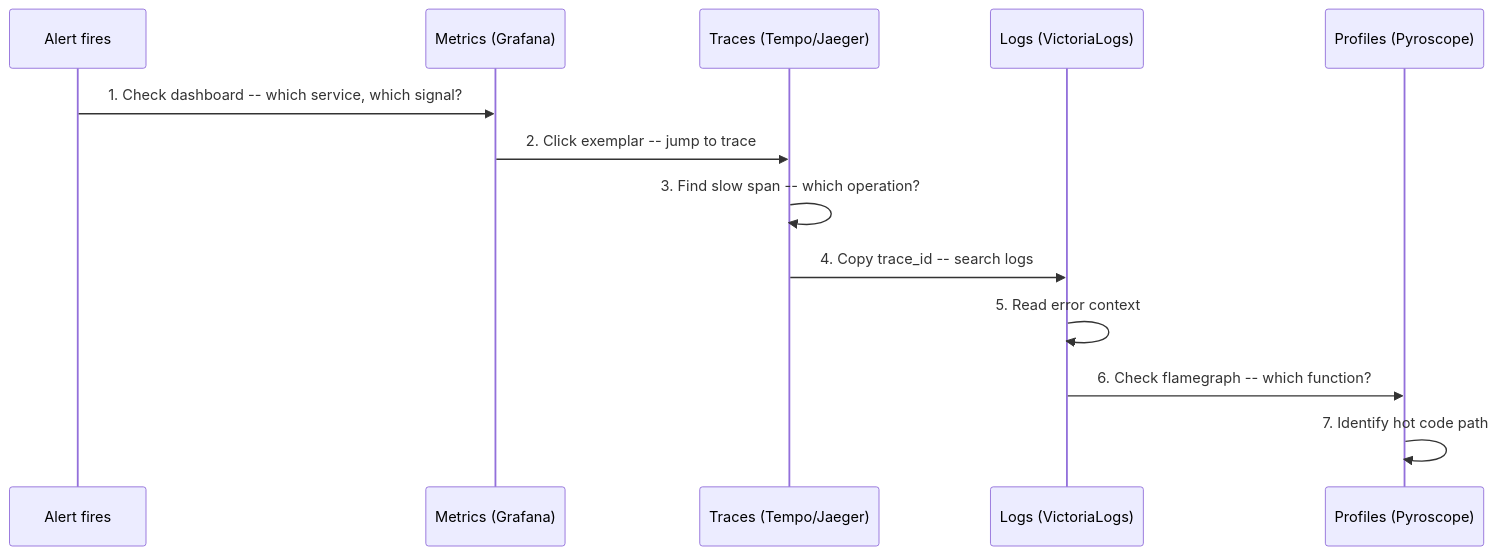
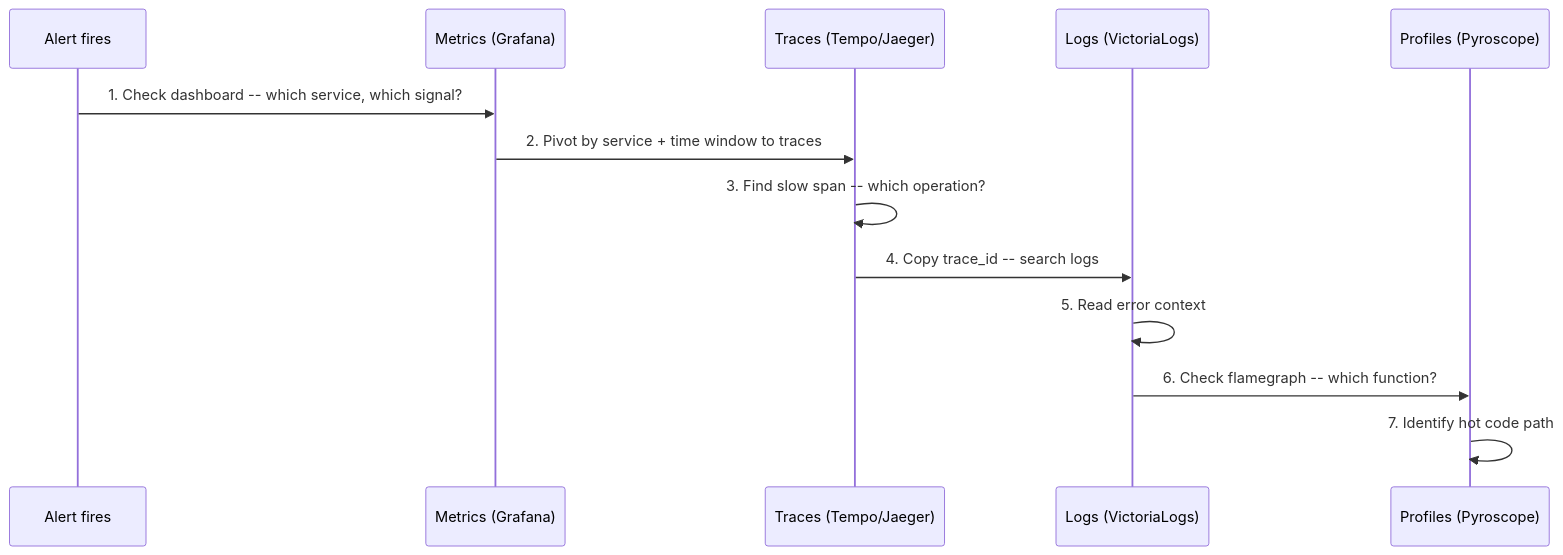
Before and after one commit to duynhlab/homelab: the fifth of 5 diagrams in docs/observability/README.md, drawn with Mermaid. The commit also changed other lines of this file and 24 other files, not shown here.

````diff
--- a/docs/observability/README.md
+++ b/docs/observability/README.md
@@ -339,16 +339,16 @@
 ```mermaid
 sequenceDiagram
     participant A as Alert fires
     participant M as Metrics (Grafana)
     participant T as Traces (Tempo/Jaeger)
     participant L as Logs (VictoriaLogs)
     participant P as Profiles (Pyroscope)
 
     A->>M: 1. Check dashboard -- which service, which signal?
-    M->>T: 2. Click exemplar -- jump to trace
+    M->>T: 2. Pivot by service + time window to traces
     T->>T: 3. Find slow span -- which operation?
     T->>L: 4. Copy trace_id -- search logs
     L->>L: 5. Read error context
     L->>P: 6. Check flamegraph -- which function?
     P->>P: 7. Identify hot code path
 ```
````
